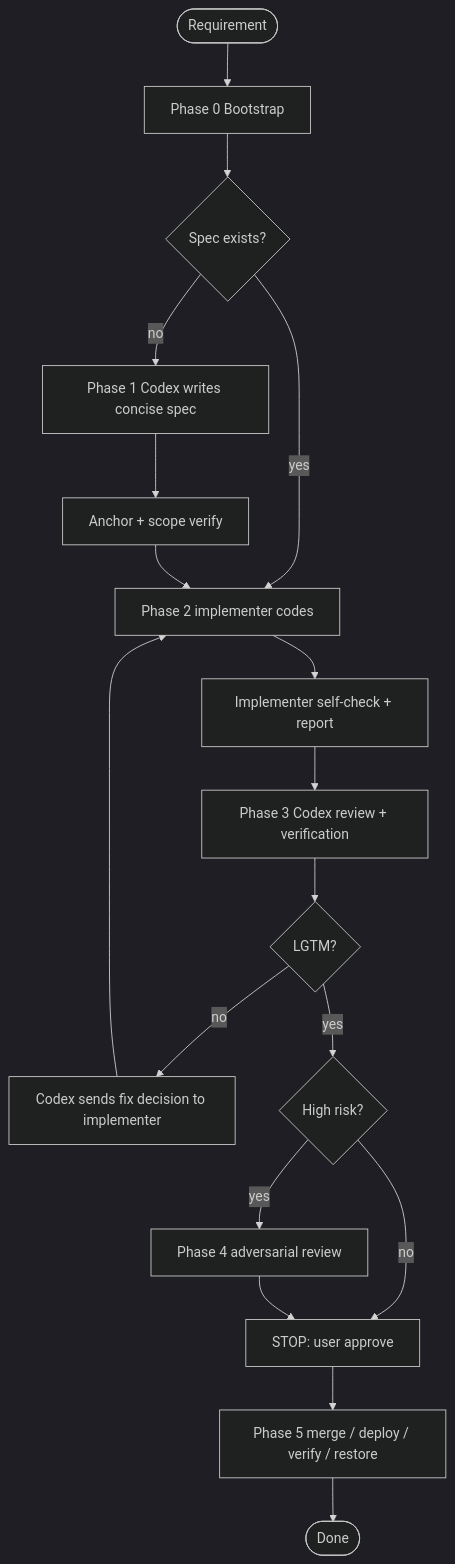
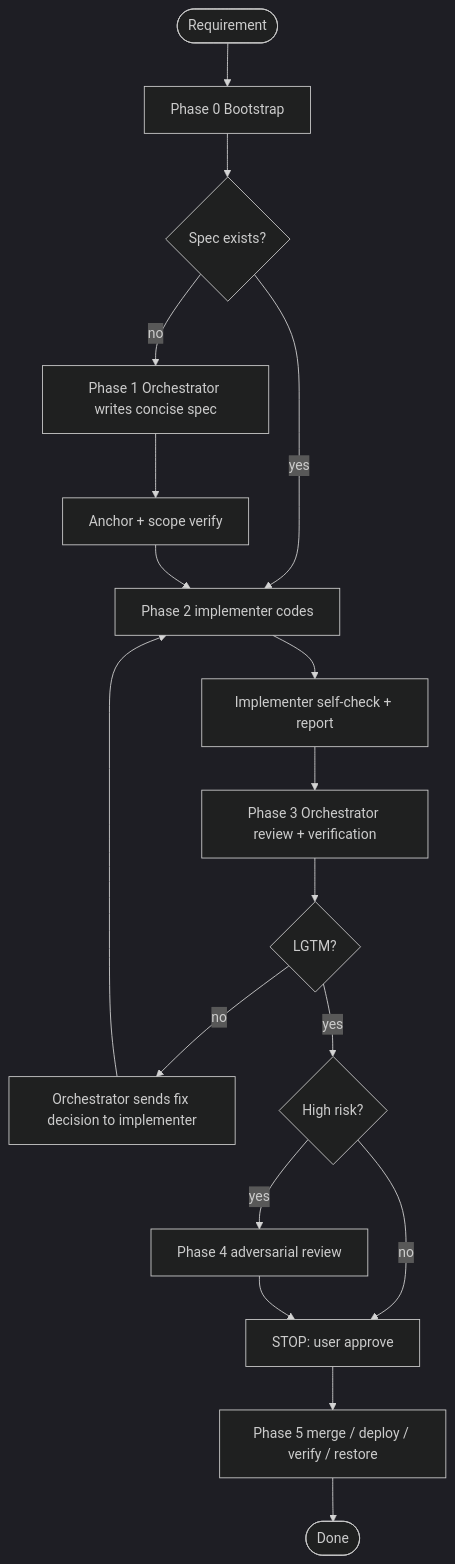
Before and after one commit to somethingcubic/.dotfiles: the diagram in skills/codex-driven-dev/SKILL.md, drawn with Mermaid (dark theme). The commit also changed other lines of this file and 1 other file, not shown here.

Commit message:
codex-driven-dev: orchestrator 角色按任务指定 + 通知双向写成硬规则 + /tmp 进度文件收尾同步 TASK.md

````diff
--- a/skills/codex-driven-dev/SKILL.md
+++ b/skills/codex-driven-dev/SKILL.md
@@ -26,20 +26,20 @@
 ```mermaid
 flowchart TD
     A([Requirement]) --> B[Phase 0 Bootstrap]
     B --> C{Spec exists?}
-    C -- no --> D[Phase 1 Codex writes concise spec]
+    C -- no --> D[Phase 1 Orchestrator writes concise spec]
     C -- yes --> E[Phase 2 implementer codes]
     D --> V[Anchor + scope verify]
     V --> E
     E --> F[Implementer self-check + report]
-    F --> G[Phase 3 Codex review + verification]
+    F --> G[Phase 3 Orchestrator review + verification]
     G --> H{LGTM?}
-    H -- no --> I[Codex sends fix decision to implementer]
+    H -- no --> I[Orchestrator sends fix decision to implementer]
     I --> E
     H -- yes --> J{High risk?}
     J -- yes --> K[Phase 4 adversarial review]
     J -- no --> L[STOP: user approve]
     K --> L
     L --> M[Phase 5 merge / deploy / verify / restore]
     M --> N([Done])
 ```
````
